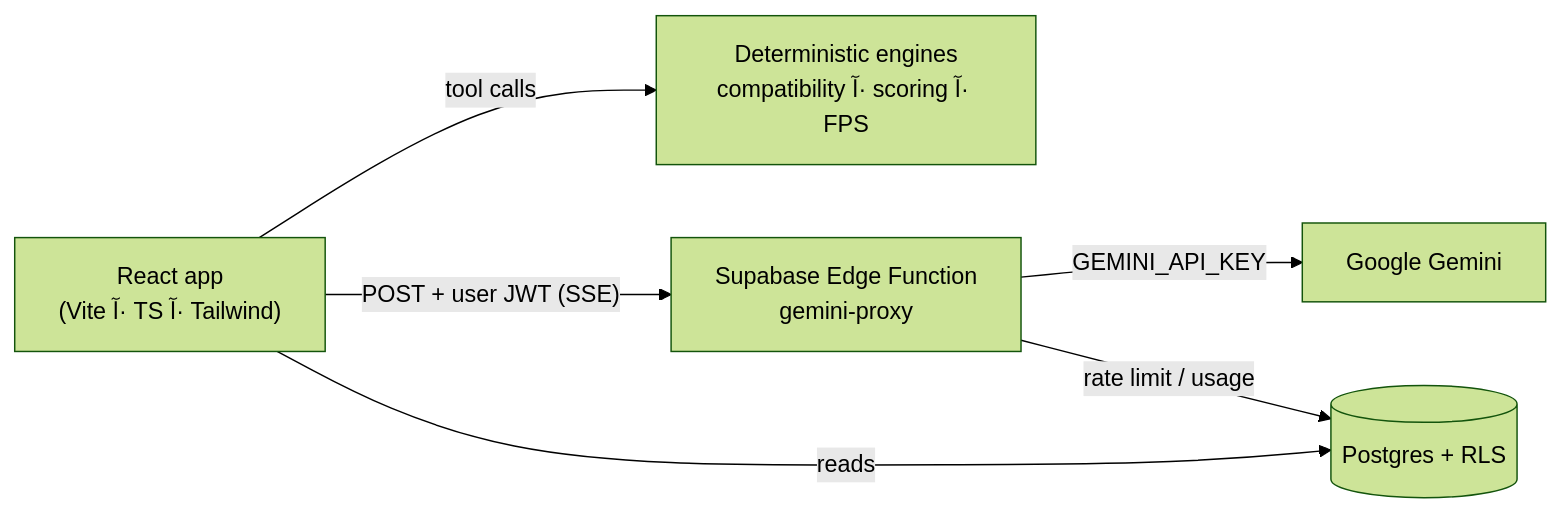
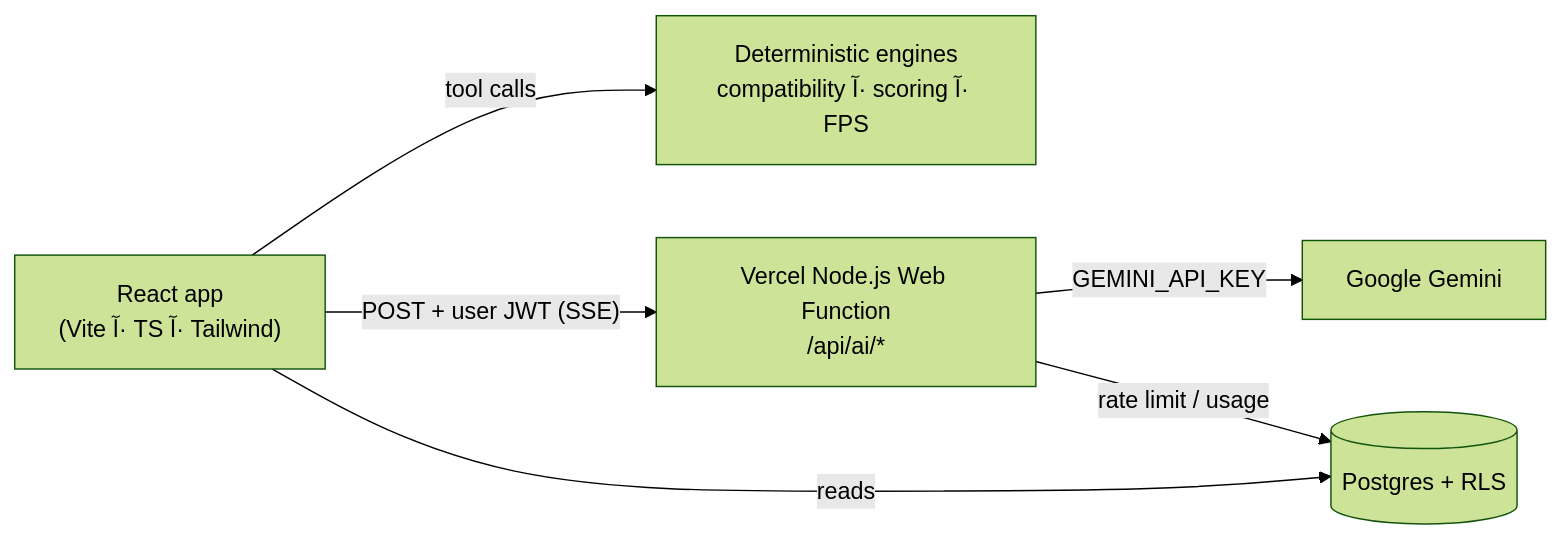
The diagram in README.md (ahmed4k4/projects_instructions_Final), drawn with Mermaid (forest theme) before and after one commit. The commit also changed other lines of this file and 193 other files, not shown here.

````diff
--- a/README.md
+++ b/README.md
@@ -182,14 +307,14 @@
 ```mermaid
 flowchart LR
     Browser["React app<br/>(Vite آ· TS آ· Tailwind)"]
     Engines["Deterministic engines<br/>compatibility آ· scoring آ· FPS"]
-    Proxy["Supabase Edge Function<br/>gemini-proxy"]
+    Proxy["Vercel Node.js Web Function<br/>/api/ai/*"]
     Gemini["Google Gemini"]
     DB[("Postgres + RLS")]
 
     Browser -->|tool calls| Engines
     Browser -->|"POST + user JWT (SSE)"| Proxy
     Proxy -->|"GEMINI_API_KEY"| Gemini
     Browser -->|"reads"| DB
     Proxy -->|"rate limit / usage"| DB
 ```
````
